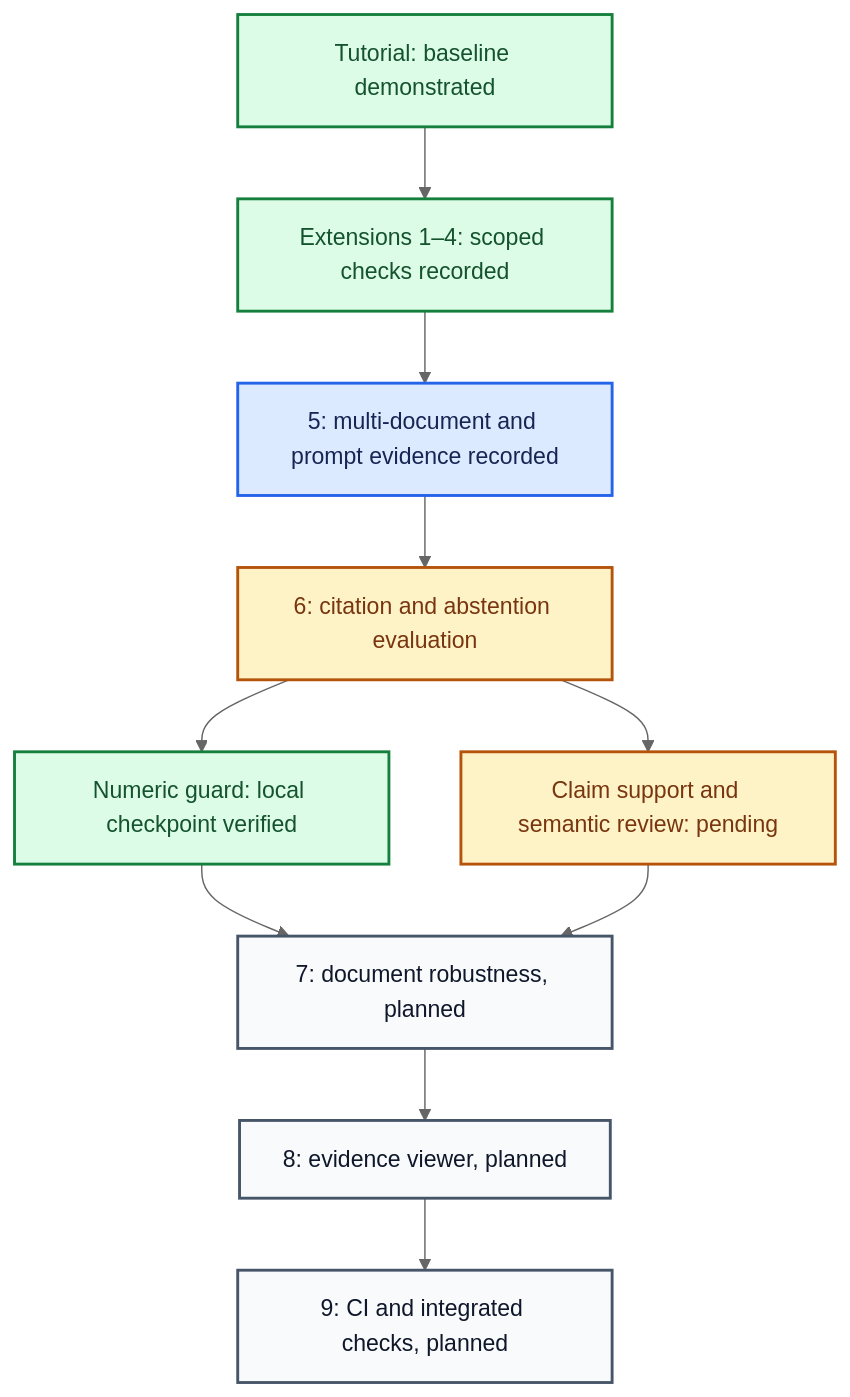
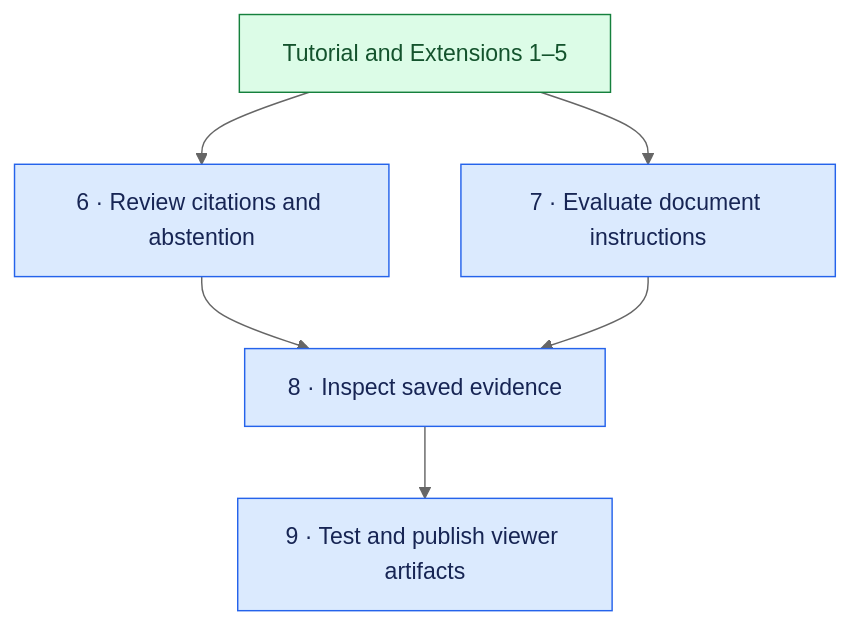
The diagram in guides/PROJECT_TRACKER.md (anne500/document-rag-qa-agent), drawn with Mermaid (neutral theme) before and after one commit. The commit also changed other lines of this file and 14 other files, not shown here.

Commit message:
Complete RAG extension implementation and add evidence viewer and CI

````diff
--- a/guides/PROJECT_TRACKER.md
+++ b/guides/PROJECT_TRACKER.md
@@ -56,20 +54,12 @@
 ```mermaid
 flowchart TD
-    T["Tutorial: baseline demonstrated"] --> A["Extensions 1–4: scoped checks recorded"]
-    A --> B["5: multi-document and prompt evidence recorded"]
-    B --> C["6: citation and abstention evaluation"]
-    C --> D["Numeric guard: local checkpoint verified"]
-    C --> E["Claim support and semantic review: pending"]
-    D --> F["7: document robustness, planned"]
-    E --> F
-    F --> G["8: evidence viewer, planned"]
-    G --> H["9: CI and integrated checks, planned"]
-    classDef verified fill:#DCFCE7,stroke:#15803D,color:#14532D,stroke-width:2px;
-    classDef recorded fill:#DBEAFE,stroke:#2563EB,color:#172554,stroke-width:2px;
-    classDef pending fill:#FEF3C7,stroke:#B45309,color:#78350F,stroke-width:2px;
-    classDef planned fill:#F8FAFC,stroke:#475569,color:#0F172A,stroke-width:2px;
-    class T,A,D verified;
-    class B recorded;
-    class C,E pending;
-    class F,G,H planned;
+    A["Tutorial and Extensions 1–5"] --> B["6 · Review citations and abstention"]
+    A --> C["7 · Evaluate document instructions"]
+    B --> D["8 · Inspect saved evidence"]
+    C --> D
+    D --> E["9 · Test and publish viewer artifacts"]
+    classDef done fill:#DCFCE7,stroke:#15803D,color:#14532D;
+    classDef shipped fill:#DBEAFE,stroke:#2563EB,color:#172554;
+    class A done;
+    class B,C,D,E shipped;
 ```
````
